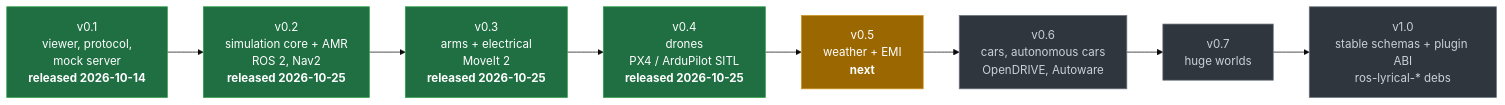
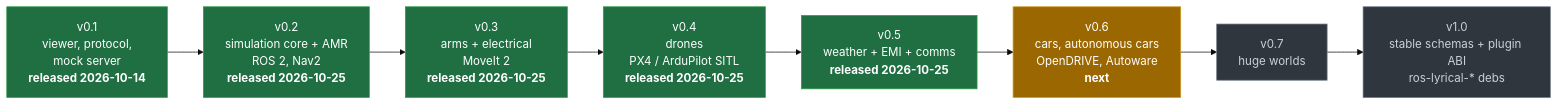
The first of 2 diagrams in docs/plan/progress.md (Open-Physical-Systems/Lagrange), drawn with Mermaid (base theme) before and after one commit. The commit also changed other lines of this file and 44 other files, not shown here.

````diff
--- a/docs/plan/progress.md
+++ b/docs/plan/progress.md
@@ -7,16 +7,16 @@
 ```mermaid
 flowchart LR
     v01["v0.1<br/>viewer, protocol,<br/>mock server<br/><b>released 2026-10-14</b>"]:::done
     v02["v0.2<br/>simulation core + AMR<br/>ROS 2, Nav2<br/><b>released 2026-10-25</b>"]:::done
     v03["v0.3<br/>arms + electrical<br/>MoveIt 2<br/><b>released 2026-10-25</b>"]:::done
     v04["v0.4<br/>drones<br/>PX4 / ArduPilot SITL<br/><b>released 2026-10-25</b>"]:::done
-    v05["v0.5<br/>weather + EMI<br/><b>next</b>"]:::now
-    v06["v0.6<br/>cars, autonomous cars<br/>OpenDRIVE, Autoware"]:::todo
+    v05["v0.5<br/>weather + EMI + comms<br/><b>released 2026-10-25</b>"]:::done
+    v06["v0.6<br/>cars, autonomous cars<br/>OpenDRIVE, Autoware<br/><b>next</b>"]:::now
     v07["v0.7<br/>huge worlds"]:::todo
     v10["v1.0<br/>stable schemas + plugin ABI<br/>ros-lyrical-* debs"]:::todo
     v01 --> v02 --> v03 --> v04 --> v05 --> v06 --> v07 --> v10
 
     classDef done fill:#1f6f43,stroke:#2ea043,color:#fff
     classDef now fill:#9a6700,stroke:#d29922,color:#fff
     classDef todo fill:#30363d,stroke:#6e7681,color:#c9d1d9
 ```
````
